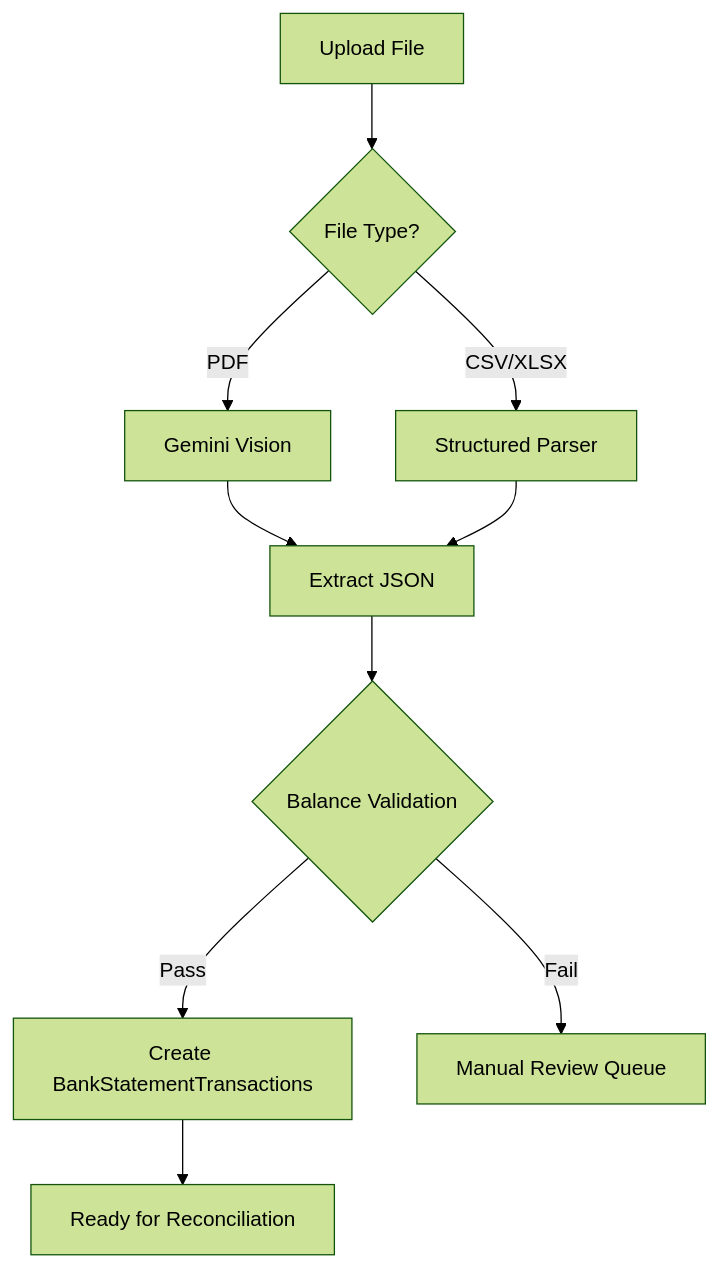
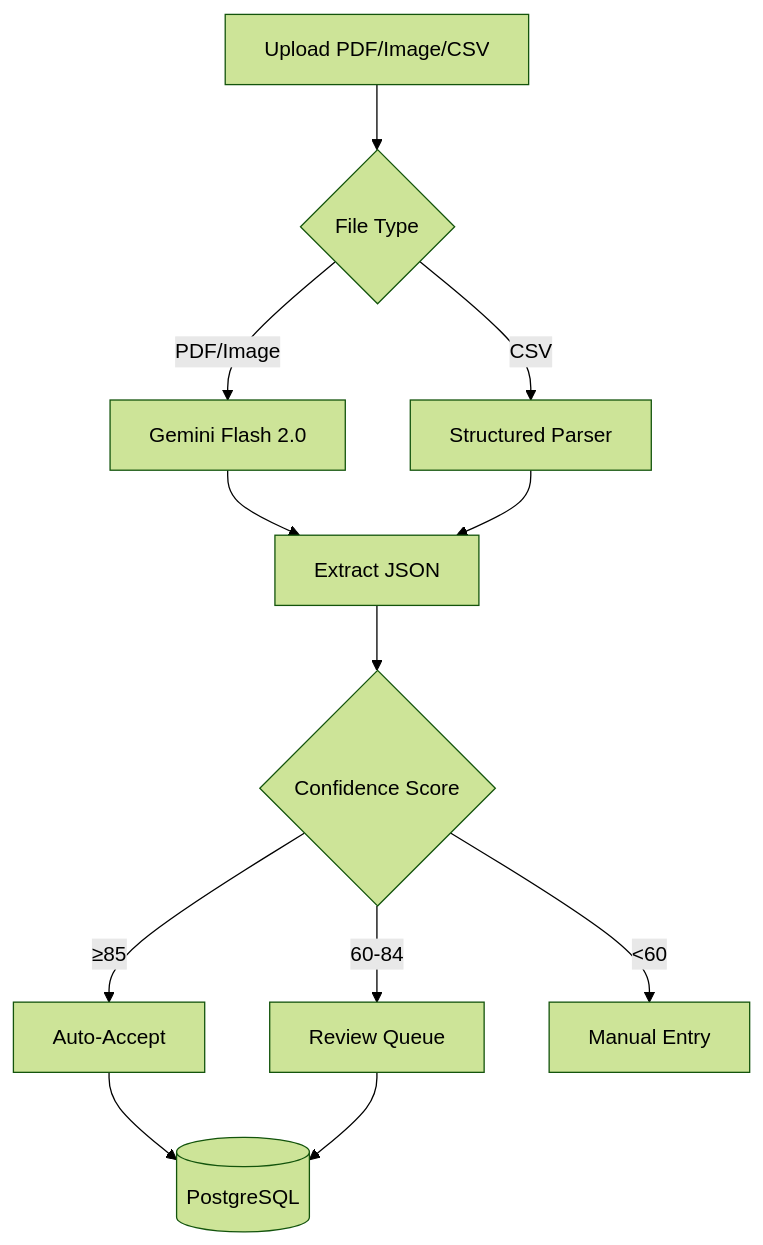
Before and after one commit to wangzitian0/finance_report: the diagram in docs/ssot/extraction.md, drawn with Mermaid (forest theme). The commit also changed other lines of this file and 32 other files, not shown here.

````diff
--- a/docs/ssot/extraction.md
+++ b/docs/ssot/extraction.md
@@ -32,12 +11,14 @@
 ```mermaid
 flowchart TB
-    A[Upload File] --> B{File Type?}
-    B -->|PDF| C[Gemini Vision]
-    B -->|CSV/XLSX| D[Structured Parser]
+    A[Upload PDF/Image/CSV] --> B{File Type}
+    B -->|PDF/Image| C[Gemini Flash 2.0]
+    B -->|CSV| D[Structured Parser]
     C --> E[Extract JSON]
     D --> E
-    E --> F{Balance Validation}
-    F -->|Pass| G[Create BankStatementTransactions]
-    F -->|Fail| H[Manual Review Queue]
-    G --> I[Ready for Reconciliation]
+    E --> F{Confidence Score}
+    F -->|≥85| G[Auto-Accept]
+    F -->|60-84| H[Review Queue]
+    F -->|<60| I[Manual Entry]
+    G --> J[(PostgreSQL)]
+    H --> J
 ```
````
